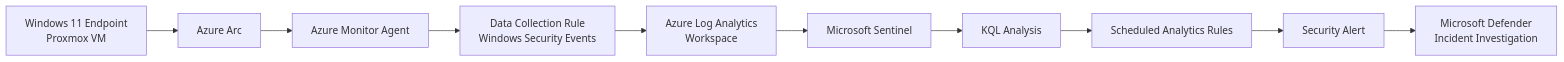
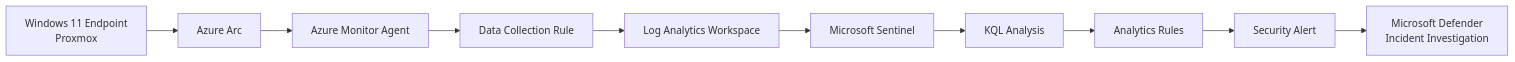
The diagram in README.md (CyberAmal/microsoft-sentinel-cloud-soc), drawn with Mermaid before and after one commit. The commit also changed other lines of this file, not shown here.

````diff
--- a/README.md
+++ b/README.md
@@ -32,25 +34,24 @@
 ```mermaid
 flowchart LR
 
-    WIN["Windows 11 Endpoint<br/>Proxmox VM"]
+    WIN["Windows 11 Endpoint<br/>Proxmox"]
     ARC["Azure Arc"]
     AMA["Azure Monitor Agent"]
-    DCR["Data Collection Rule<br/>Windows Security Events"]
-    LAW["Azure Log Analytics<br/>Workspace"]
+    DCR["Data Collection Rule"]
+    LAW["Log Analytics Workspace"]
     SENTINEL["Microsoft Sentinel"]
     KQL["KQL Analysis"]
-    RULE["Scheduled Analytics Rules"]
+    RULES["Analytics Rules"]
     ALERT["Security Alert"]
     DEFENDER["Microsoft Defender<br/>Incident Investigation"]
 
     WIN --> ARC
     ARC --> AMA
     AMA --> DCR
     DCR --> LAW
     LAW --> SENTINEL
-
     SENTINEL --> KQL
-    KQL --> RULE
-    RULE --> ALERT
+    KQL --> RULES
+    RULES --> ALERT
     ALERT --> DEFENDER
 ```
````
